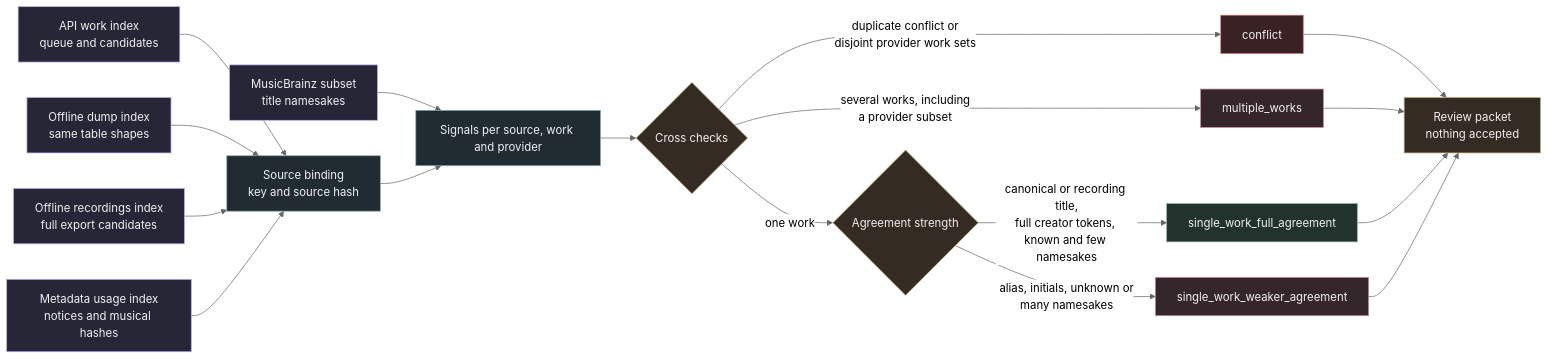
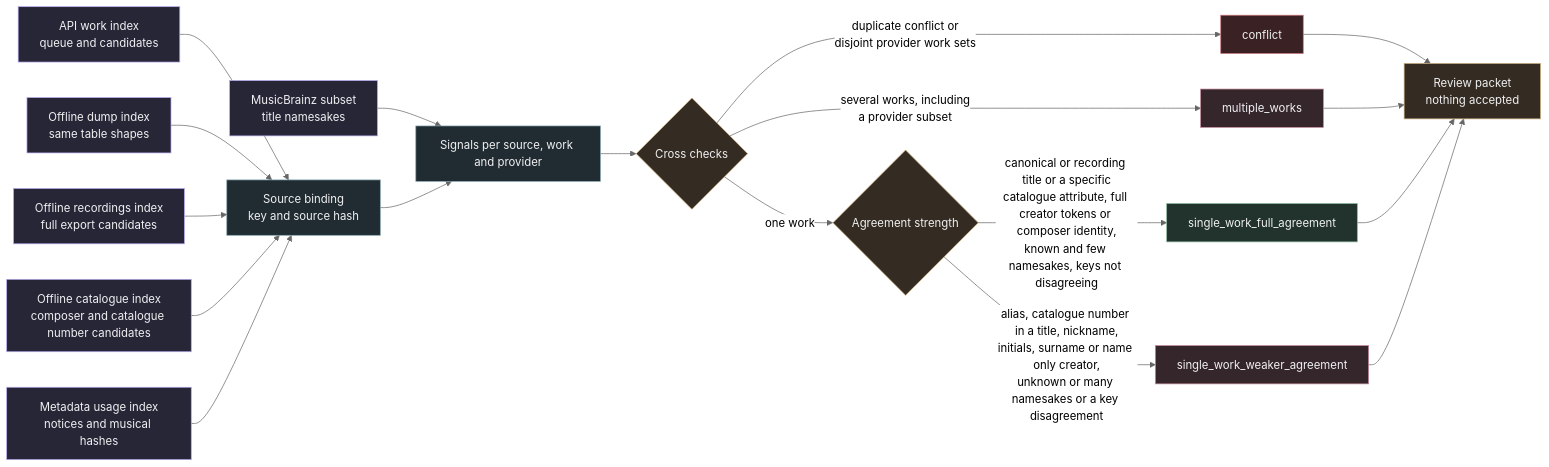
The diagram in docs/research/corpus/candidate_assessment.md (AlgoritmiNarvik/SaMuGeD-Algoritmi-DrDreSamplerAI-2024), drawn with Mermaid (neutral theme) before and after one commit. The commit also changed other lines of this file and 26 other files, not shown here.

First line of the commit message:
feat(identity): match MAESTRO works by composer and catalogue number and Lakh surnames by credit subset (#60)

````diff
--- a/docs/research/corpus/candidate_assessment.md
+++ b/docs/research/corpus/candidate_assessment.md
@@ -5,26 +5,27 @@
 ```mermaid
 flowchart LR
     W[API work index<br/>queue and candidates]:::data --> B[Source binding<br/>key and source hash]:::action
     O[Offline dump index<br/>same table shapes]:::data --> B
     R[Offline recordings index<br/>full export candidates]:::data --> B
+    K[Offline catalogue index<br/>composer and catalogue number candidates]:::data --> B
     M[Metadata usage index<br/>notices and musical hashes]:::data --> B
     S[MusicBrainz subset<br/>title namesakes]:::data --> G
     B --> G[Signals per source, work and provider]:::action
     G --> C{Cross checks}:::decision
     C -->|duplicate conflict or<br/>disjoint provider work sets| X[conflict]:::blocked
     C -->|several works, including<br/>a provider subset| MW[multiple_works]:::pending
     C -->|one work| T{Agreement strength}:::decision
-    T -->|canonical or recording title,<br/>full creator tokens, known and few namesakes| F[single_work_full_agreement]:::allowed
-    T -->|alias, initials, unknown or<br/>many namesakes| WK[single_work_weaker_agreement]:::pending
+    T -->|canonical or recording title or a specific<br/>catalogue attribute, full creator tokens or composer identity,<br/>known and few namesakes, keys not disagreeing| F[single_work_full_agreement]:::allowed
+    T -->|alias, catalogue number in a title, nickname,<br/>initials, surname or name only creator,<br/>unknown or many namesakes or a key disagreement| WK[single_work_weaker_agreement]:::pending
     X --> P[Review packet<br/>nothing accepted]:::review
     MW --> P
     F --> P
     WK --> P
     classDef data fill:#262637,stroke:#b9acf3,color:#f0f0f2
     classDef action fill:#202c31,stroke:#85a5af,color:#f0f0f2
     classDef decision fill:#342c22,stroke:#c8a878,color:#f0f0f2
     classDef review fill:#342c22,stroke:#c8a878,color:#f0f0f2
     classDef allowed fill:#21332c,stroke:#8bb79f,color:#f0f0f2
     classDef pending fill:#35262b,stroke:#c48b99,color:#f0f0f2
     classDef blocked fill:#3a2224,stroke:#d0777f,color:#f0f0f2
 ```
````
